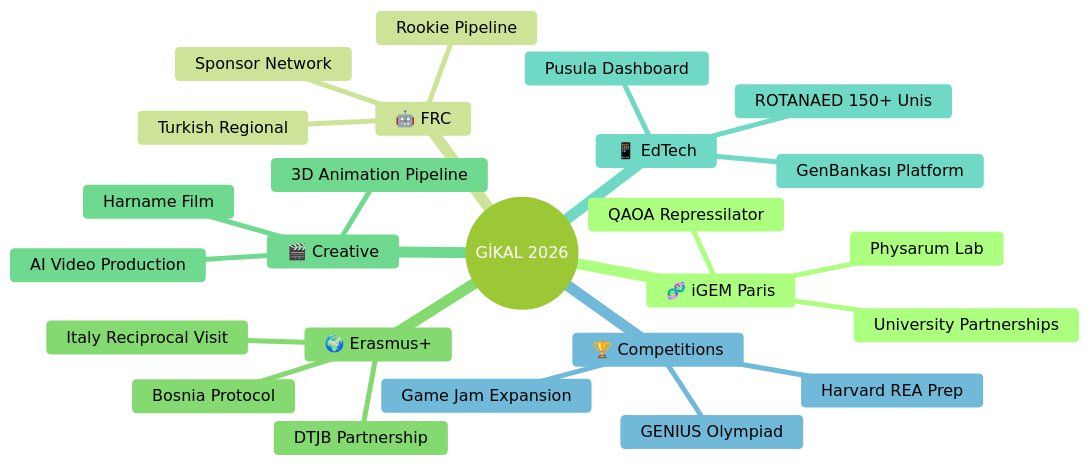
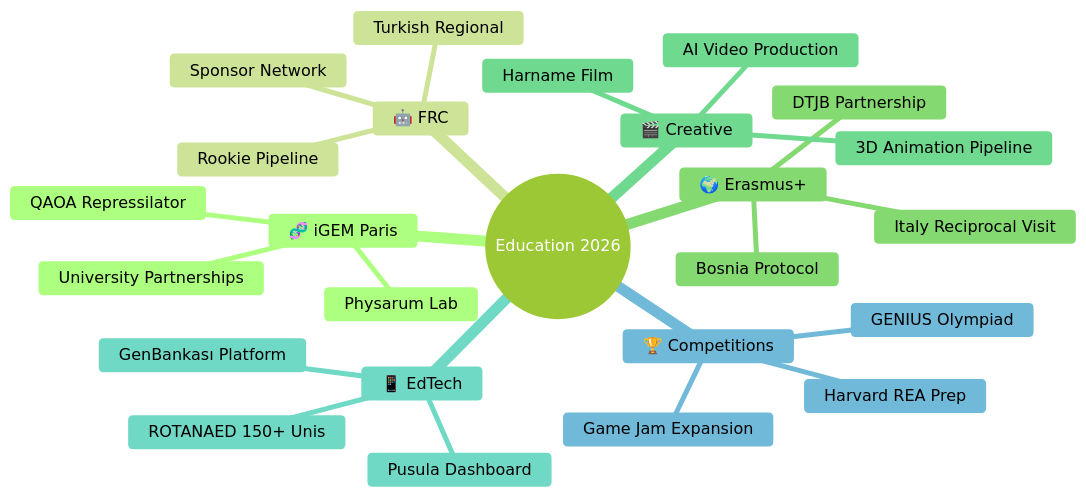
Before and after one commit to ByX0000/ByX0000: the diagram in README.md, drawn with Mermaid (forest theme). The commit also changed other lines of this file, not shown here.

````diff
--- a/README.md
+++ b/README.md
@@ -349,28 +349,28 @@
 ```mermaid
 mindmap
-  root((GİKAL 2026))
+  root((Education 2026))
     🧬 iGEM Paris
       QAOA Repressilator
       Physarum Lab
       University Partnerships
     🤖 FRC
       Turkish Regional
       Rookie Pipeline
       Sponsor Network
     🌍 Erasmus+
       Italy Reciprocal Visit
       Bosnia Protocol
       DTJB Partnership
     🎬 Creative
       Harname Film
       3D Animation Pipeline
       AI Video Production
     📱 EdTech
       ROTANAED 150+ Unis
       Pusula Dashboard
       GenBankası Platform
     🏆 Competitions
       GENIUS Olympiad
       Harvard REA Prep
       Game Jam Expansion
 ```
````
